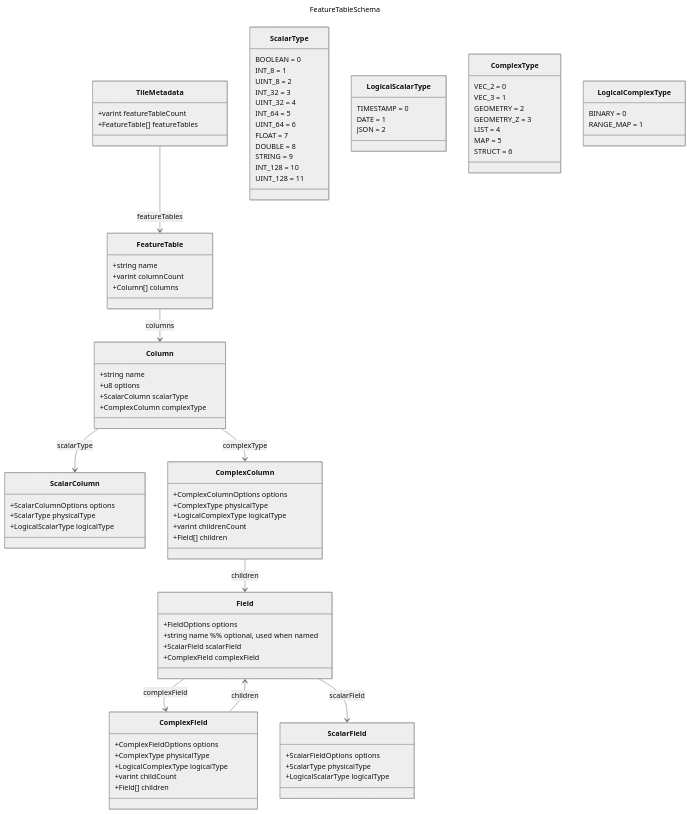
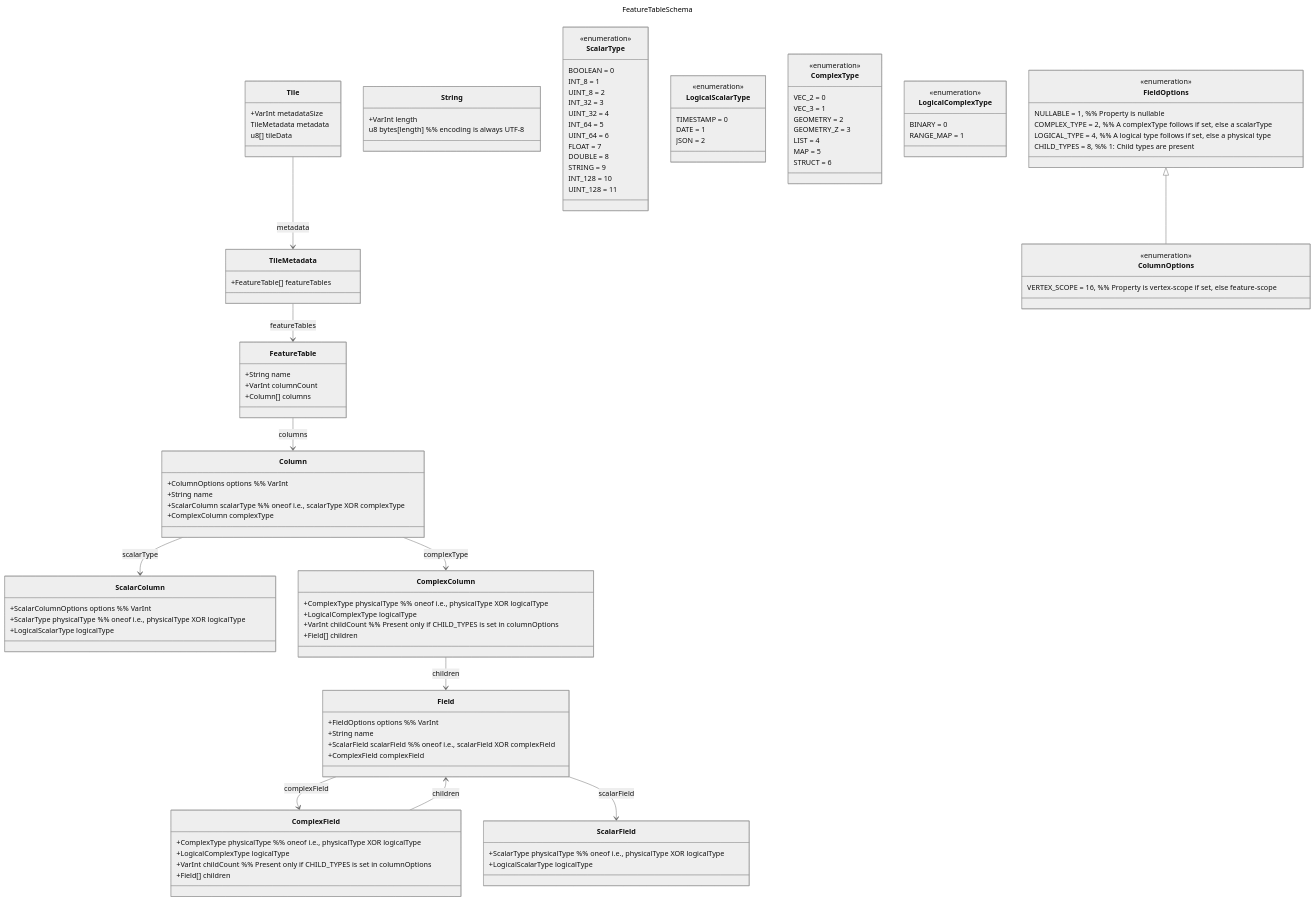
Before and after one commit to maplibre/maplibre-tile-spec: the diagram in spec/assets/FeatureTableSchema.mermaid, drawn with Mermaid (neutral theme).

Commit message:
Update diagram to match implementation

```diff
--- a/spec/assets/FeatureTableSchema.mermaid
+++ b/spec/assets/FeatureTableSchema.mermaid
@@ -1,117 +1,143 @@
 ---
 title: FeatureTableSchema
+config:
+  class:
+    hideEmptyMembersBox: true
 ---
 classDiagram
+    %% ---------------- Tile ----------------
+    class Tile {
+	  +VarInt metadataSize
+	  TileMetadata metadata
+      u8[] tileData
+    }
+
     %% ---------------- TileMetadata ----------------
     class TileMetadata {
-      +varint featureTableCount
       +FeatureTable[] featureTables
     }
 
     %% ---------------- FeatureTable ----------------
     class FeatureTable {
-      +string name
-      +varint columnCount
+      +String name
+      +VarInt columnCount
       +Column[] columns
     }
 
     %% ---------------- Column ----------------
     class Column {
-      +string name
-      +u8 options
-      +ScalarColumn scalarType
+      +ColumnOptions options %% VarInt
+      +String name
+      +ScalarColumn scalarType %% oneof i.e., scalarType XOR complexType
       +ComplexColumn complexType
     }
-    %% Note: options flags for Column: nullable=1, complex=2, vertexScope=4
 
     %% ---------------- ScalarColumn ----------------
     class ScalarColumn {
-      +ScalarColumnOptions options
-      +ScalarType physicalType
+      +ScalarColumnOptions options %% VarInt
+      
+      +ScalarType physicalType %% oneof i.e., physicalType XOR logicalType
       +LogicalScalarType logicalType
     }
-    %% Note: options flag for ScalarColumnOptions: logical = 1
 
     %% ---------------- ComplexColumn ----------------
     class ComplexColumn {
-      +ComplexColumnOptions options
-      +ComplexType physicalType
+      +ComplexType physicalType %% oneof i.e., physicalType XOR logicalType
       +LogicalComplexType logicalType
-      +varint childrenCount
+      +VarInt childCount %% Present only if CHILD_TYPES is set in columnOptions
       +Field[] children
     }
-    %% Note: options flag for ComplexColumnOptions: logical = 1
 
     %% ---------------- Field ----------------
     class Field {
-      +FieldOptions options
-      +string name  %% optional, used when named
-      +ScalarField scalarField
+      +FieldOptions options %% VarInt
+      +String name
+      +ScalarField scalarField %% oneof i.e., scalarField XOR complexField
       +ComplexField complexField
     }
-    %% Note: options flags for FieldOptions: named = 1, nullable = 2, complex = 4
 
     %% ---------------- ScalarField ----------------
     class ScalarField {
-      +ScalarFieldOptions options
-      +ScalarType physicalType
+      +ScalarType physicalType %% oneof i.e., physicalType XOR logicalType
       +LogicalScalarType logicalType
     }
-    %% Note: options flag for ScalarFieldOptions: logical = 1
 
     %% ---------------- ComplexField ----------------
     class ComplexField {
-      +ComplexFieldOptions options
-      +ComplexType physicalType
+      +ComplexType physicalType %% oneof i.e., physicalType XOR logicalType
       +LogicalComplexType logicalType
-      +varint childCount
+      +VarInt childCount %% Present only if CHILD_TYPES is set in columnOptions
       +Field[] children
     }
-    %% Note: options flag for ComplexFieldOptions: logical = 1
 
+    %% ---------------- String ------------------
+    class String {
+      +VarInt length
+      u8 bytes[length] %% encoding is always UTF-8
+    }
+        
     %% ---------------- Enumerations ----------------
     class ScalarType {
+      <<enumeration>>
       BOOLEAN = 0
       INT_8 = 1
       UINT_8 = 2
       INT_32 = 3
       UINT_32 = 4
       INT_64 = 5
       UINT_64 = 6
       FLOAT = 7
       DOUBLE = 8
       STRING = 9
       INT_128 = 10
       UINT_128 = 11
     }
 
     class LogicalScalarType {
+      <<enumeration>>
       TIMESTAMP = 0
       DATE = 1
       JSON = 2
     }
 
     class ComplexType {
+      <<enumeration>>
       VEC_2 = 0
       VEC_3 = 1
       GEOMETRY = 2
       GEOMETRY_Z = 3
       LIST = 4
       MAP = 5
       STRUCT = 6
     }
 
     class LogicalComplexType {
+      <<enumeration>>
       BINARY = 0
       RANGE_MAP = 1
     }
 
+    class FieldOptions {
+      <<enumeration>>
+      NULLABLE = 1, %% Property is nullable
+      COMPLEX_TYPE = 2, %% A complexType follows if set, else a scalarType
+      LOGICAL_TYPE = 4, %% A logical type follows if set, else a physical type
+      CHILD_TYPES = 8, %% 1: Child types are present
+    }
+
+    class ColumnOptions {
+      <<enumeration>>
+      VERTEX_SCOPE = 16, %% Property is vertex-scope if set, else feature-scope
+    }
+
     %% ---------------- Associations ----------------
+    FieldOptions <|-- ColumnOptions
+	Tile --> TileMetadata : metadata
     TileMetadata --> FeatureTable : featureTables
     FeatureTable --> Column : columns
     Column --> ScalarColumn : scalarType
     Column --> ComplexColumn : complexType
     ComplexColumn --> Field : children
     ComplexField --> Field : children
     Field --> ComplexField : complexField
     Field --> ScalarField : scalarField
```
